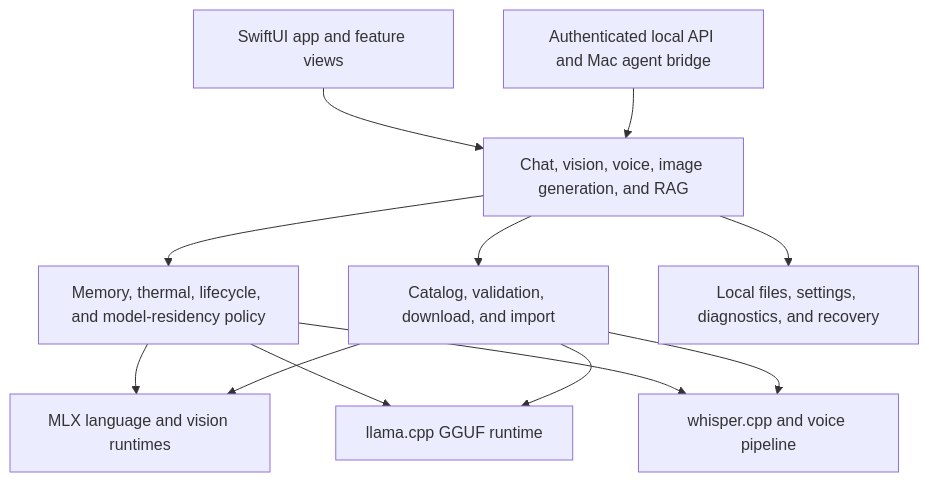
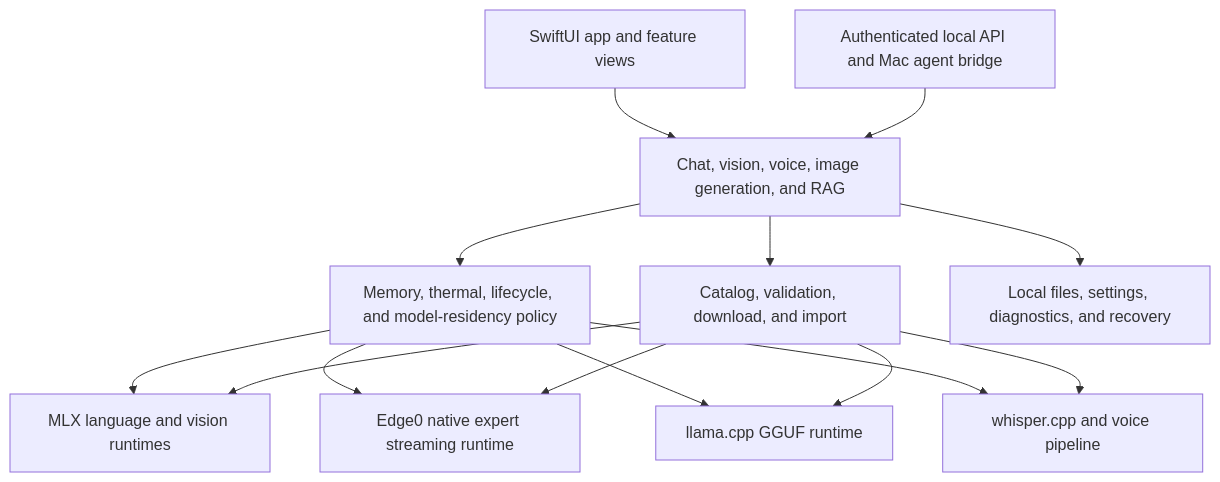
The first of 2 diagrams in ARCHITECTURE.md (Mesutcydev/ondevice-core), drawn with Mermaid before and after one commit. The commit also changed other lines of this file and 240 other files, not shown here.

````diff
--- a/ARCHITECTURE.md
+++ b/ARCHITECTURE.md
@@ -9,24 +9,27 @@
 ```mermaid
 flowchart TD
     UI[SwiftUI app and feature views]
     API[Authenticated local API and Mac agent bridge]
     FEATURES[Chat, vision, voice, image generation, and RAG]
     POLICY[Memory, thermal, lifecycle, and model-residency policy]
     MODELS[Catalog, validation, download, and import]
     MLX[MLX language and vision runtimes]
+    EDGE0[Edge0 native expert streaming runtime]
     LLAMA[llama.cpp GGUF runtime]
     WHISPER[whisper.cpp and voice pipeline]
     STORAGE[Local files, settings, diagnostics, and recovery]
 
     UI --> FEATURES
     API --> FEATURES
     FEATURES --> POLICY
     FEATURES --> MODELS
     POLICY --> MLX
+    POLICY --> EDGE0
     POLICY --> LLAMA
     POLICY --> WHISPER
     MODELS --> MLX
+    MODELS --> EDGE0
     MODELS --> LLAMA
     MODELS --> WHISPER
     FEATURES --> STORAGE
 ```
````
